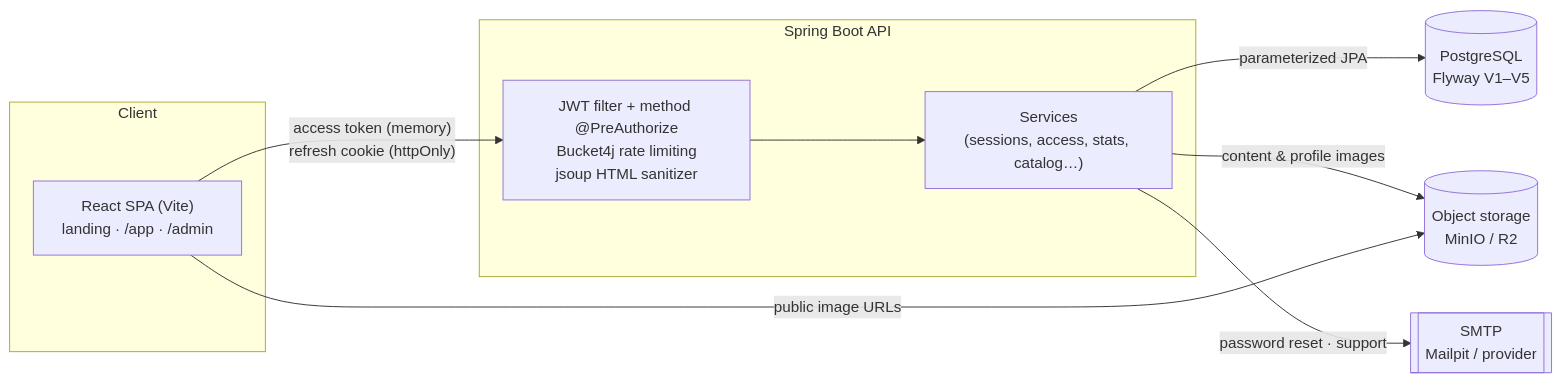
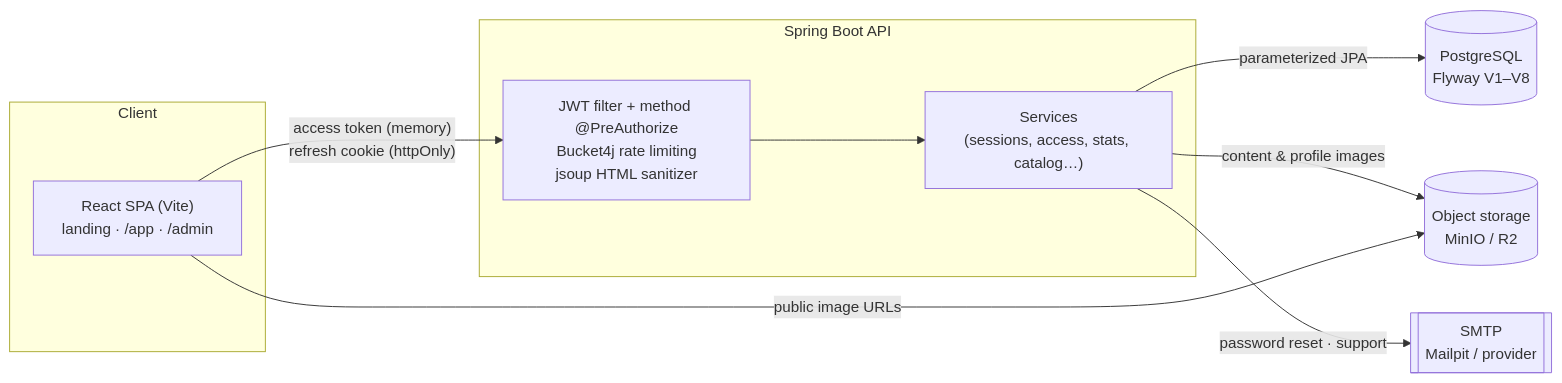
Before and after one commit to badaouimouhammedali-maker/vetspace: the diagram in README.md, drawn with Mermaid. The commit also changed other lines of this file and 4 other files, not shown here.

````diff
--- a/README.md
+++ b/README.md
@@ -16,20 +16,20 @@
 ```mermaid
 flowchart LR
   subgraph Client
     SPA["React SPA (Vite)<br/>landing · /app · /admin"]
   end
   subgraph Server["Spring Boot API"]
     SEC["JWT filter + method @PreAuthorize<br/>Bucket4j rate limiting<br/>jsoup HTML sanitizer"]
     SVC["Services<br/>(sessions, access, stats, catalog…)"]
   end
-  DB[("PostgreSQL<br/>Flyway V1–V5")]
+  DB[("PostgreSQL<br/>Flyway V1–V8")]
   OBJ[("Object storage<br/>MinIO / R2")]
   MAIL[["SMTP<br/>Mailpit / provider"]]
 
   SPA -- "access token (memory)<br/>refresh cookie (httpOnly)" --> SEC
   SEC --> SVC
   SVC -- "parameterized JPA" --> DB
   SVC -- "content & profile images" --> OBJ
   SVC -- "password reset · support" --> MAIL
   SPA -- "public image URLs" --> OBJ
 ```
````
